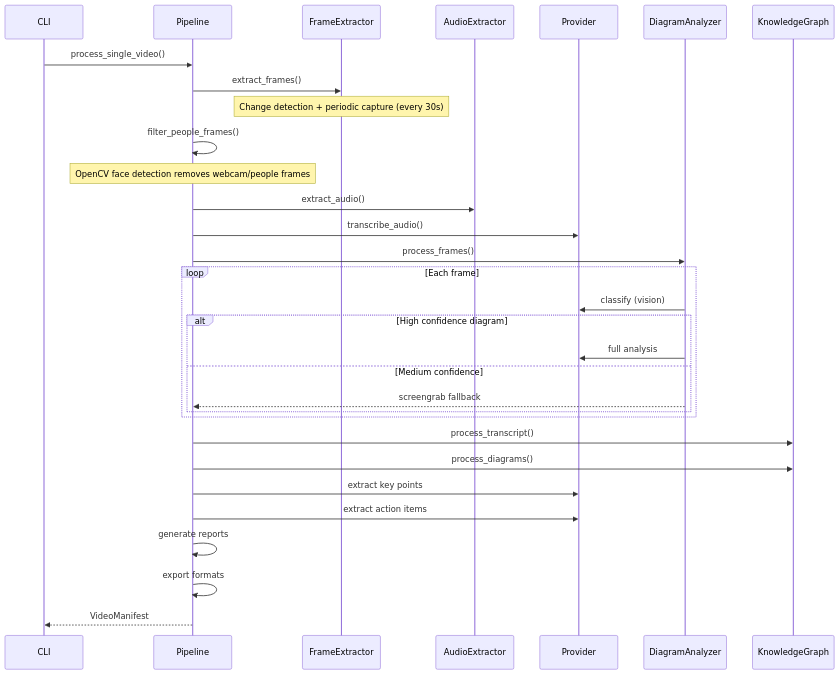
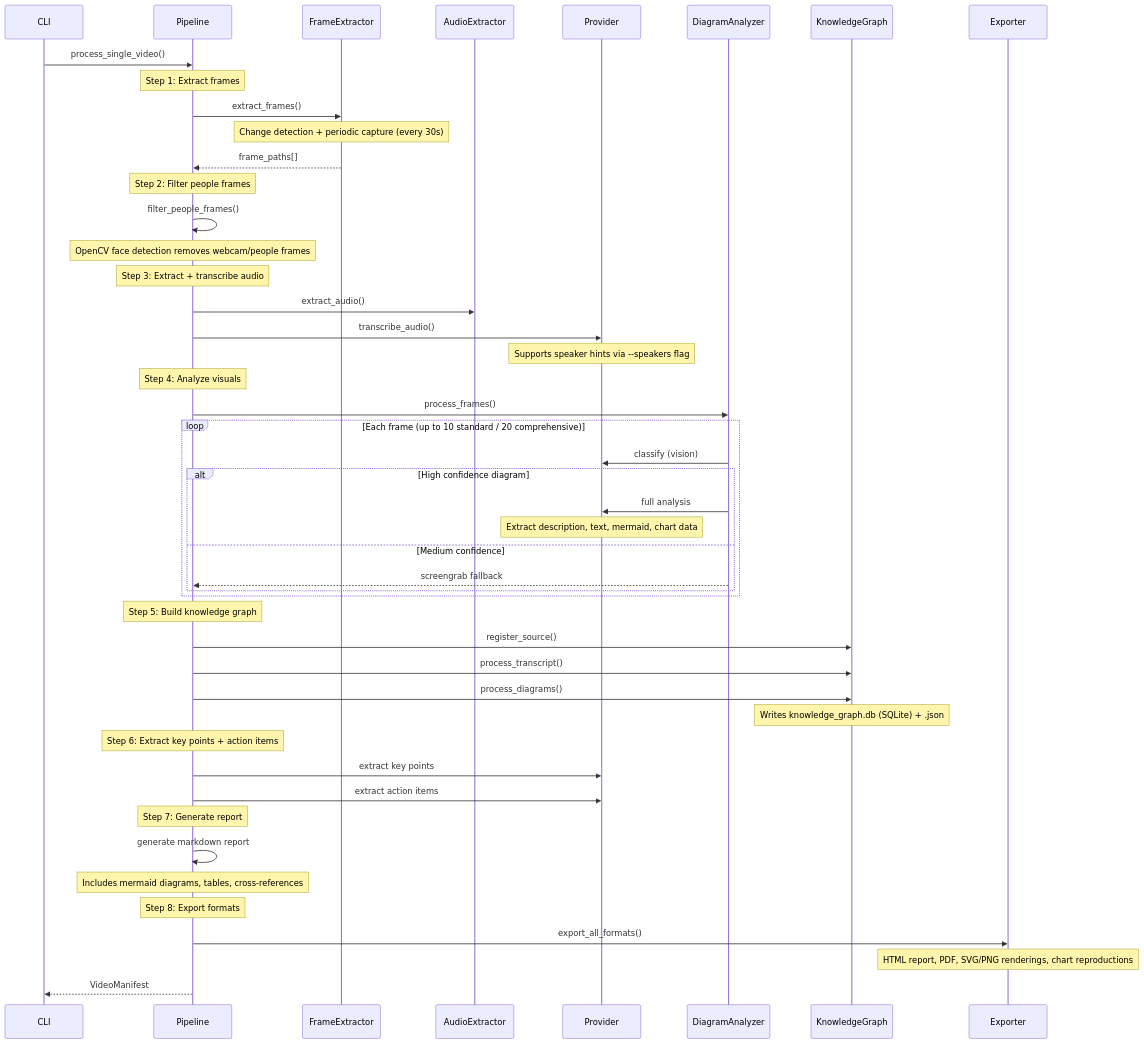
One commit to ConflictHQ/PlanOpticon changed the first of 7 diagrams in docs/architecture/pipeline.md. Above: the diagram before and after it, drawn with Mermaid. The commit also changed other lines of this file and 21 other files, not shown here.

````diff
--- a/docs/architecture/pipeline.md
+++ b/docs/architecture/pipeline.md
@@ -5,36 +11,59 @@
 ```mermaid
 sequenceDiagram
     participant CLI
     participant Pipeline
     participant FrameExtractor
     participant AudioExtractor
     participant Provider
     participant DiagramAnalyzer
     participant KnowledgeGraph
+    participant Exporter
 
     CLI->>Pipeline: process_single_video()
+
+    Note over Pipeline: Step 1: Extract frames
     Pipeline->>FrameExtractor: extract_frames()
     Note over FrameExtractor: Change detection + periodic capture (every 30s)
+    FrameExtractor-->>Pipeline: frame_paths[]
+
+    Note over Pipeline: Step 2: Filter people frames
     Pipeline->>Pipeline: filter_people_frames()
     Note over Pipeline: OpenCV face detection removes webcam/people frames
+
+    Note over Pipeline: Step 3: Extract + transcribe audio
     Pipeline->>AudioExtractor: extract_audio()
     Pipeline->>Provider: transcribe_audio()
+    Note over Provider: Supports speaker hints via --speakers flag
+
+    Note over Pipeline: Step 4: Analyze visuals
     Pipeline->>DiagramAnalyzer: process_frames()
-
-    loop Each frame
+    loop Each frame (up to 10 standard / 20 comprehensive)
         DiagramAnalyzer->>Provider: classify (vision)
         alt High confidence diagram
             DiagramAnalyzer->>Provider: full analysis
+            Note over Provider: Extract description, text, mermaid, chart data
         else Medium confidence
             DiagramAnalyzer-->>Pipeline: screengrab fallback
         end
     end
 
+    Note over Pipeline: Step 5: Build knowledge graph
+    Pipeline->>KnowledgeGraph: register_source()
     Pipeline->>KnowledgeGraph: process_transcript()
     Pipeline->>KnowledgeGraph: process_diagrams()
+    Note over KnowledgeGraph: Writes knowledge_graph.db (SQLite) + .json
+
+    Note over Pipeline: Step 6: Extract key points + action items
     Pipeline->>Provider: extract key points
     Pipeline->>Provider: extract action items
-    Pipeline->>Pipeline: generate reports
-    Pipeline->>Pipeline: export formats
+
+    Note over Pipeline: Step 7: Generate report
+    Pipeline->>Pipeline: generate markdown report
+    Note over Pipeline: Includes mermaid diagrams, tables, cross-references
+
+    Note over Pipeline: Step 8: Export formats
+    Pipeline->>Exporter: export_all_formats()
+    Note over Exporter: HTML report, PDF, SVG/PNG renderings, chart reproductions
+
     Pipeline-->>CLI: VideoManifest
 ```
````
